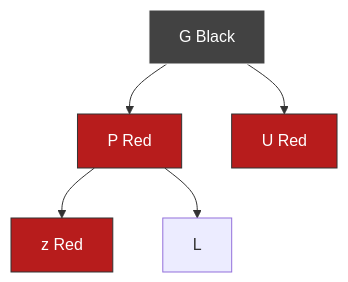
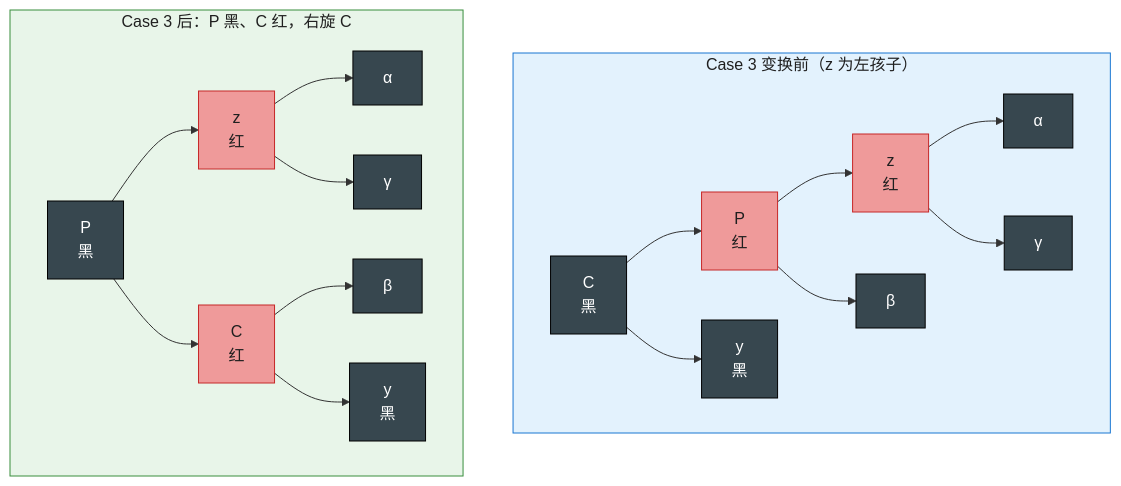
Before and after one commit to socoo123/book_reading: the eighth of 13 diagrams in IntroductionToAlgorithms/Chapter13_红黑树_深度版.md, drawn with Mermaid. The commit also changed other lines of this file and 30 other files, not shown here.

````diff
--- a/IntroductionToAlgorithms/Chapter13_红黑树_深度版.md
+++ b/IntroductionToAlgorithms/Chapter13_红黑树_深度版.md
@@ -497,12 +286,26 @@
 ```mermaid
-flowchart TD
-    G["G Black"] --> A["P Red"]
-    G --> U["U Red"]
-    A --> z["z Red"]
-    A --> L["L"]
-
-    style G fill:#424242,stroke:#fff,color:#fff
-    style A fill:#b71c1c,stroke:#333,color:#fff
-    style U fill:#b71c1c,stroke:#333,color:#fff
-    style z fill:#b71c1c,stroke:#333,color:#fff
+graph TD
+    subgraph S1["Case 3 变换前（z 为左孩子）"]
+      a["C<br/>黑"] --> b["P<br/>红"]
+      a --> y["y<br/>黑"]
+      b --> z["z<br/>红"]
+      b --> be["β"]
+      z --> al["α"]
+      z --> ga["γ"]
+    end
+    subgraph S2["Case 3 后：P 黑、C 红，右旋 C"]
+      m["P<br/>黑"] --> n["z<br/>红"]
+      m --> o["C<br/>红"]
+      n --> al2["α"]
+      n --> ga2["γ"]
+      o --> be2["β"]
+      o --> y2["y<br/>黑"]
+    end
+    style S1 fill:#E3F2FD,stroke:#1976D2,color:#1f1f1f
+    style S2 fill:#E8F5E9,stroke:#388E3C,color:#1f1f1f
+    classDef B fill:#37474F,stroke:#000,color:#fff
+    classDef R fill:#EF9A9A,stroke:#C62828,color:#1f1f1f
+    classDef S fill:#90CAF9,stroke:#1976D2,color:#1f1f1f
+    class a,y,be,al,ga,m,be2,al2,ga2,y2 B
+    class b,z,o,n R
 ```
````
